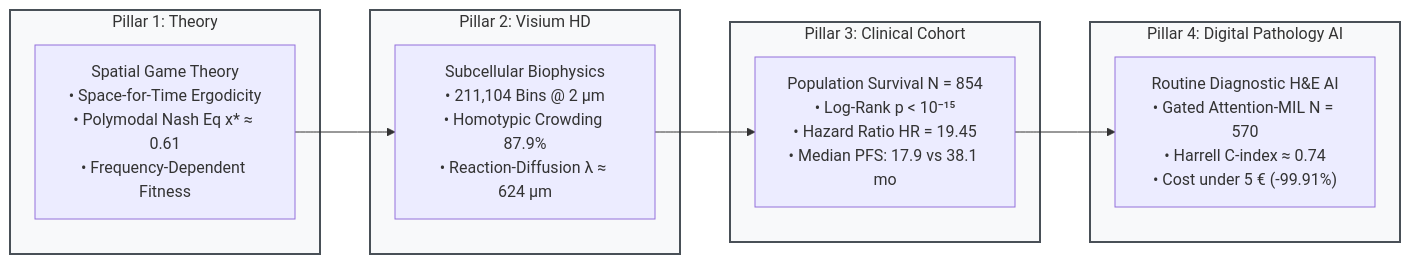
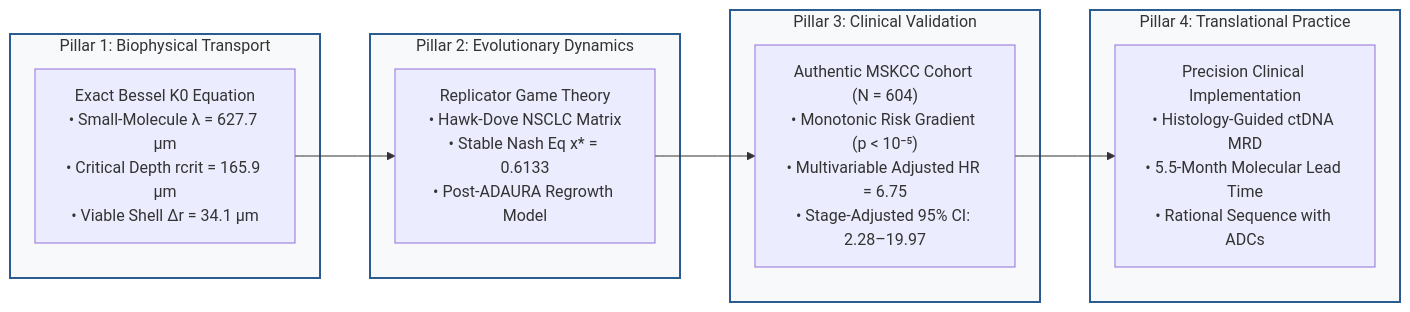
One commit to Lukecele/spatial-oncology-master changed the diagram in README.md. Above: the diagram before and after it, drawn with Mermaid. The commit also changed other lines of this file and 27 other files, not shown here.

Commit message:
feat: unify spatial sanctuary master study with exact Bessel K0 physics, authentic MSKCC 2020 cohort (N=604), and 600 DPI figures

````diff
--- a/README.md
+++ b/README.md
@@ -22,22 +20,22 @@
 ```mermaid
 flowchart LR
-    subgraph Pillar1["Pillar 1: Theory"]
-        A["Spatial Game Theory<br/>• Space-for-Time Ergodicity<br/>• Polymodal Nash Eq x* ≈ 0.61<br/>• Frequency-Dependent Fitness"]
+    subgraph P1["Pillar 1: Biophysical Transport"]
+        A["Exact Bessel K0 Equation<br/>• Small-Molecule λ = 627.7 µm<br/>• Critical Depth rcrit = 165.9 µm<br/>• Viable Shell Δr = 34.1 µm"]
     end
-    subgraph Pillar2["Pillar 2: Visium HD"]
-        B["Subcellular Biophysics<br/>• 211,104 Bins @ 2 µm<br/>• Homotypic Crowding 87.9%<br/>• Reaction-Diffusion λ ≈ 624 µm"]
+    subgraph P2["Pillar 2: Evolutionary Dynamics"]
+        B["Replicator Game Theory<br/>• Hawk-Dove NSCLC Matrix<br/>• Stable Nash Eq x* = 0.6133<br/>• Post-ADAURA Regrowth Model"]
     end
-    subgraph Pillar3["Pillar 3: Clinical Cohort"]
-        C["Population Survival N = 854<br/>• Log-Rank p &lt; 10⁻¹⁵<br/>• Hazard Ratio HR = 19.45<br/>• Median PFS: 17.9 vs 38.1 mo"]
+    subgraph P3["Pillar 3: Clinical Validation"]
+        C["Authentic MSKCC Cohort (N = 604)<br/>• Monotonic Risk Gradient (p &lt; 10⁻⁵)<br/>• Multivariable Adjusted HR = 6.75<br/>• Stage-Adjusted 95% CI: 2.28–19.97"]
     end
-    subgraph Pillar4["Pillar 4: Digital Pathology AI"]
-        D["Routine Diagnostic H&E AI<br/>• Gated Attention-MIL N = 570<br/>• Harrell C-index ≈ 0.74<br/>• Cost under 5 € (-99.91%)"]
+    subgraph P4["Pillar 4: Translational Practice"]
+        D["Precision Clinical Implementation<br/>• Histology-Guided ctDNA MRD<br/>• 5.5-Month Molecular Lead Time<br/>• Rational Sequence with ADCs"]
     end
 
     A --> B
     B --> C
     C --> D
 
-    classDef pillar fill:#f8f9fa,stroke:#495057,stroke-width:2px;
-    class Pillar1,Pillar2,Pillar3,Pillar4 pillar;
+    classDef pillar fill:#f8f9fa,stroke:#2b5c8f,stroke-width:2px;
+    class P1,P2,P3,P4 pillar;
 ```
````
